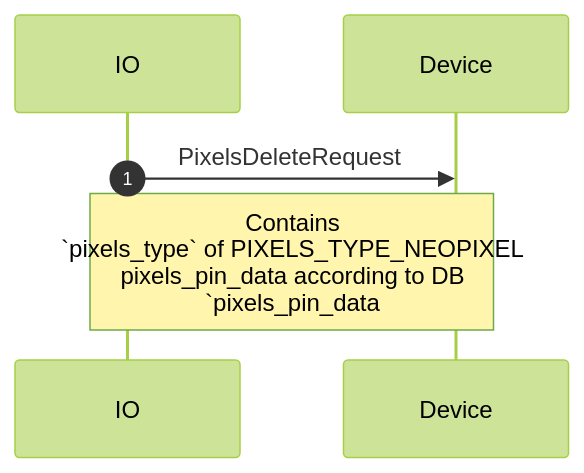
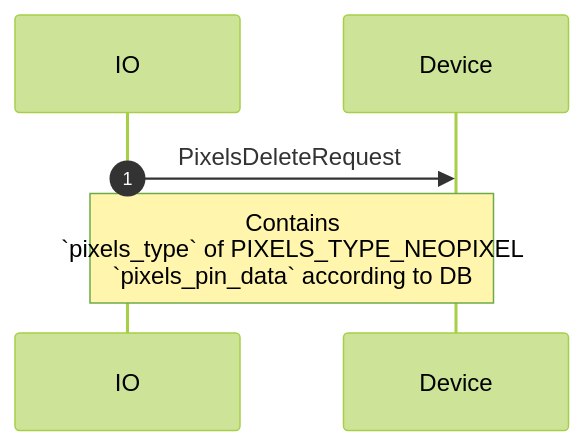
One commit to adafruit/Wippersnapper_Protobuf changed the fourth of 10 diagrams in proto/wippersnapper/pixels/v1/pixels.md. Above: the diagram before and after it, drawn with Mermaid (forest theme). The commit also changed other lines of this file, not shown here.

````diff
--- a/proto/wippersnapper/pixels/v1/pixels.md
+++ b/proto/wippersnapper/pixels/v1/pixels.md
@@ -48,6 +48,6 @@
 ```mermaid
 sequenceDiagram
 autonumber
 IO->>Device: PixelsDeleteRequest
-Note over IO, Device: Contains<br> `pixels_type` of PIXELS_TYPE_NEOPIXEL<br>pixels_pin_data according to DB<br>`pixels_pin_data
+Note over IO, Device: Contains<br> `pixels_type` of PIXELS_TYPE_NEOPIXEL<br>`pixels_pin_data` according to DB
 ```
````
